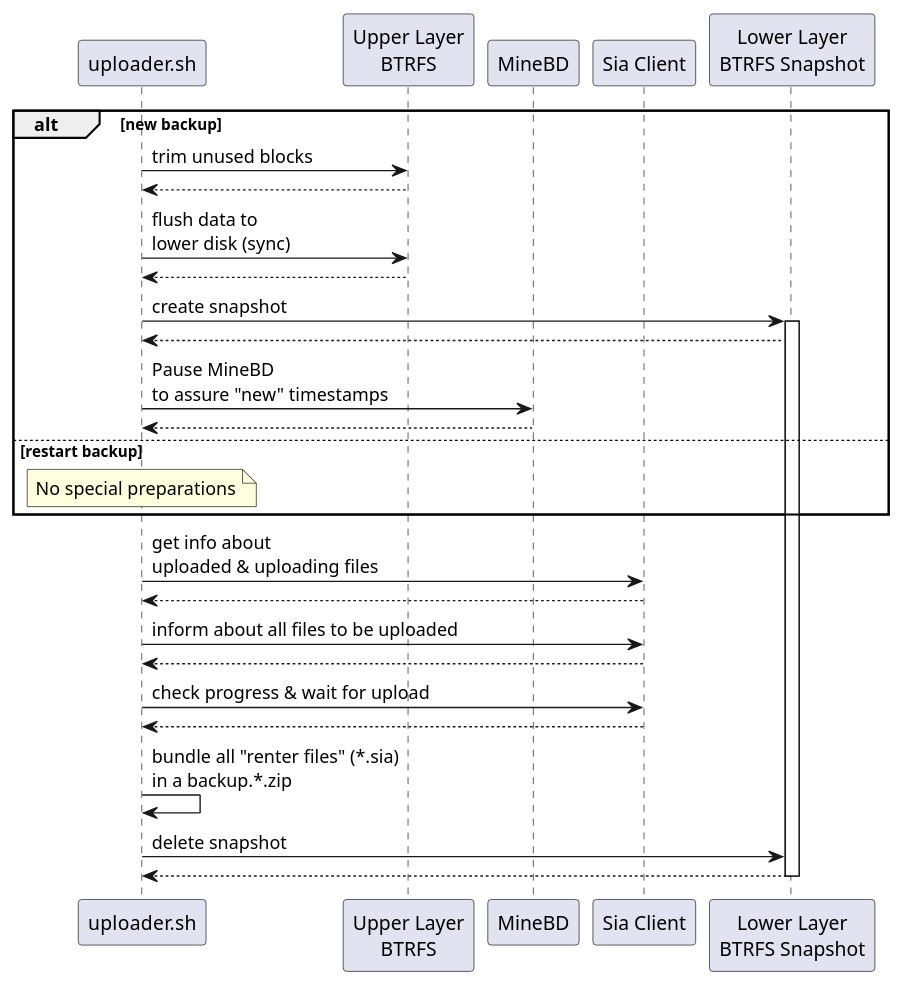
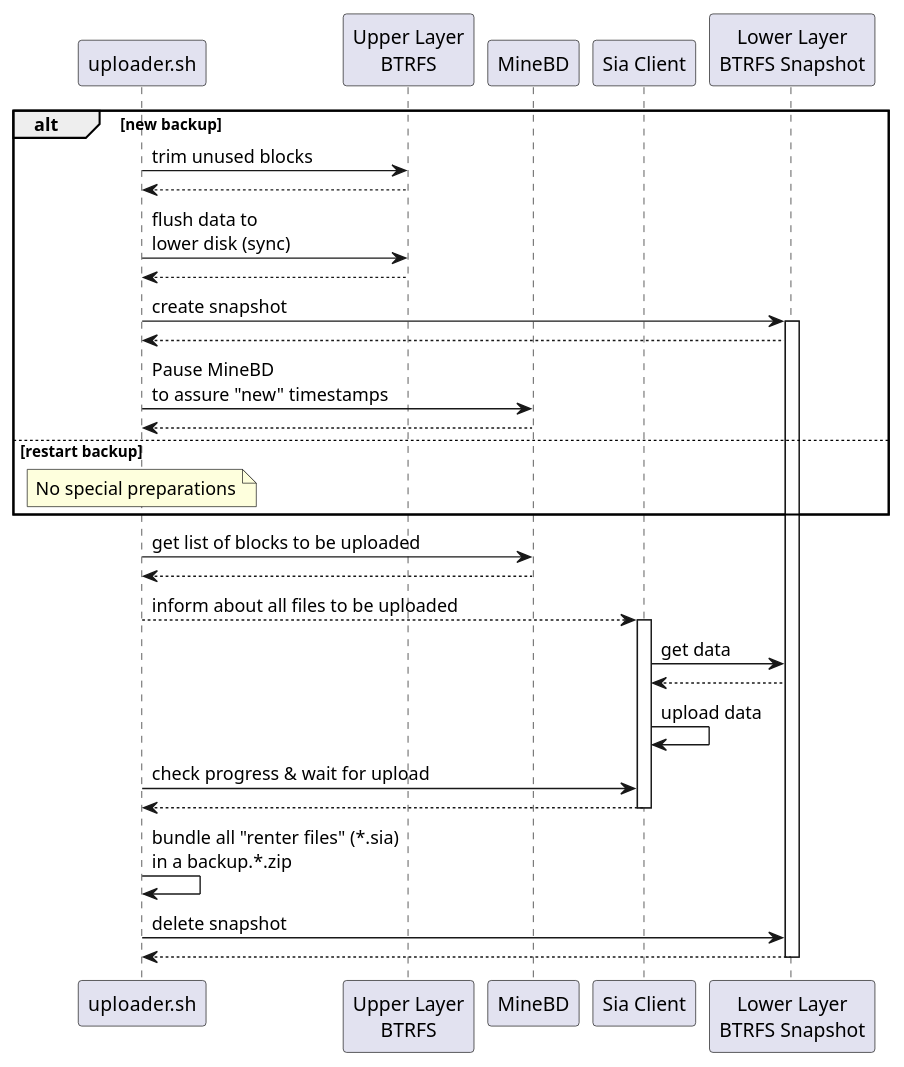
The diagram in sia/uploader.sequence.plantuml (MineboxOS/minebox), drawn with PlantUML before and after one commit.

Commit message:
MIN-77: input from Robert

```diff
--- a/sia/uploader.sequence.plantuml
+++ b/sia/uploader.sequence.plantuml
@@ -1,42 +1,47 @@
 @startuml
 
 participant uploader as "uploader.sh"
 participant upper as "Upper Layer\nBTRFS"
 participant MineBD
 participant sia as "Sia Client"
 participant lower as "Lower Layer\nBTRFS Snapshot"
 
 alt new backup
 
 	uploader -> upper: trim unused blocks
 	uploader <-- upper
 
 	uploader -> upper: flush data to\nlower disk (sync)
 	uploader <-- upper
 
 	uploader -> lower: create snapshot
 	activate lower
 	uploader <-- lower
 
 	uploader -> MineBD: Pause MineBD\nto assure "new" timestamps
 	uploader <-- MineBD
 else restart backup
 	note over uploader: No special preparations
 end
 
-uploader -> sia: get info about\nuploaded & uploading files
-uploader <-- sia
+uploader -> MineBD: get list of blocks to be uploaded
+uploader <-- MineBD
 
-uploader -> sia: inform about all files to be uploaded
-uploader <-- sia
+uploader --> sia: inform about all files to be uploaded
+activate sia
+
+sia -> lower: get data
+sia <-- lower
+sia -> sia: upload data
 
 uploader -> sia: check progress & wait for upload
 uploader <-- sia
+deactivate sia
 
 uploader -> uploader: bundle all "renter files" (*.sia)\nin a backup.*.zip
 
 uploader -> lower: delete snapshot
 uploader <-- lower
 deactivate lower
 
 @enduml
```
